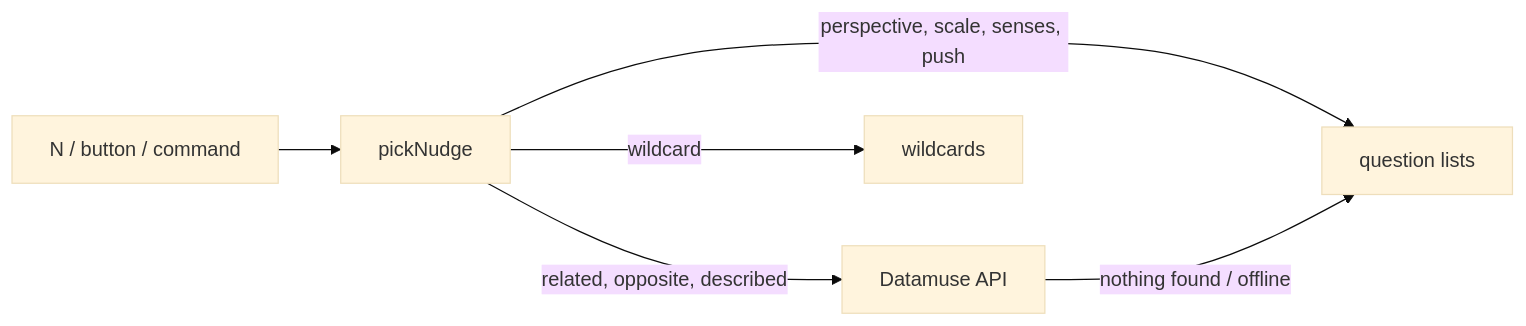
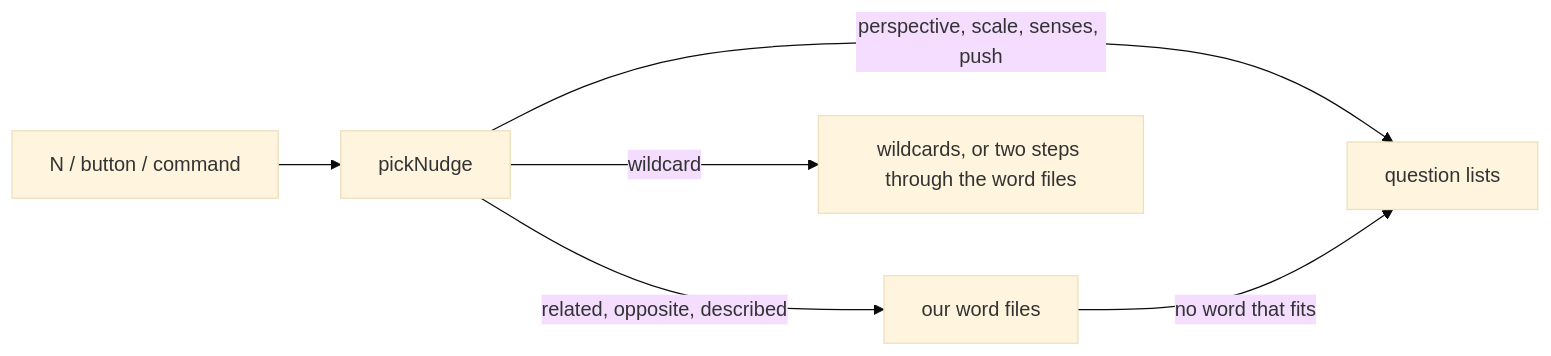
Before and after one commit to jtbinith/floppy-thoughts: the seventh of 7 diagrams in docs/mvp/architecture.md, drawn with Mermaid (base theme). The commit also changed other lines of this file and 43 other files, not shown here.

Commit message:
Nudges from our own word data (ConceptNet + wordfreq, built by scripts/build-words.py), our own way of choosing words, two-step wildcards; no Datamuse, nothing sent anywhere, works offline (#17)

````diff
--- a/docs/mvp/architecture.md
+++ b/docs/mvp/architecture.md
@@ -173,8 +173,8 @@
 ```mermaid
 flowchart LR
   K[N / button / command] --> P[pickNudge]
-  P -->|related, opposite, described| D[Datamuse API]
+  P -->|related, opposite, described| D[our word files]
   P -->|perspective, scale, senses, push| Q[question lists]
-  P -->|wildcard| W[wildcards]
-  D -- nothing found / offline --> Q
+  P -->|wildcard| W[wildcards, or two steps through the word files]
+  D -- no word that fits --> Q
 ```
````
